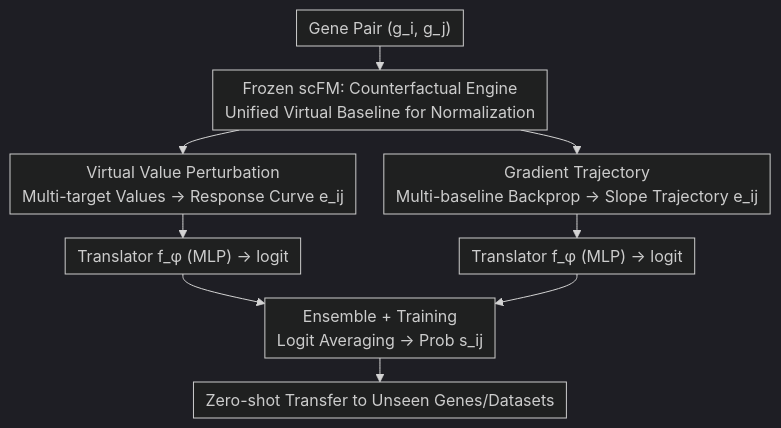
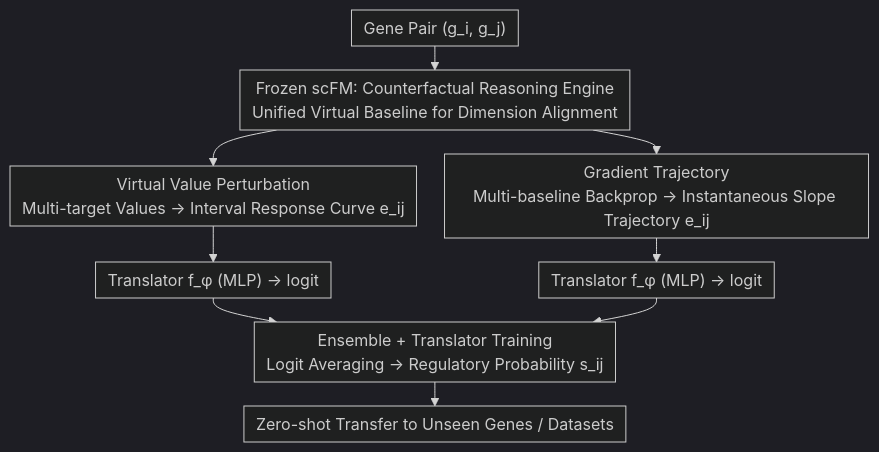
The diagram in docs/ICML2026/computational_biology/towards_universal_gene_regulatory_network_inference_unlocking_generalizable_regu.md (zhaoyang97/Paper-Notes-en), drawn with Mermaid (dark theme) before and after one commit. The commit also changed other lines of this file and 5084 other files, not shown here.

````diff
--- a/docs/ICML2026/computational_biology/towards_universal_gene_regulatory_network_inference_unlocking_generalizable_regu.md
+++ b/docs/ICML2026/computational_biology/towards_universal_gene_regulatory_network_inference_unlocking_generalizable_regu.md
@@ -43,12 +43,12 @@
 ```mermaid
 %%{init: {'flowchart': {'rankSpacing': 24, 'nodeSpacing': 28, 'padding': 6, 'wrappingWidth': 400}}}%%
 flowchart TD
-    IN["Gene Pair (g_i, g_j)"] --> M["Frozen scFM: Counterfactual Engine<br/>Unified Virtual Baseline for Normalization"]
-    M --> V["Virtual Value Perturbation<br/>Multi-target Values → Response Curve e_ij"]
-    M --> G["Gradient Trajectory<br/>Multi-baseline Backprop → Slope Trajectory e_ij"]
+    IN["Gene Pair (g_i, g_j)"] --> M["Frozen scFM: Counterfactual Reasoning Engine<br/>Unified Virtual Baseline for Dimension Alignment"]
+    M --> V["Virtual Value Perturbation<br/>Multi-target Values → Interval Response Curve e_ij"]
+    M --> G["Gradient Trajectory<br/>Multi-baseline Backprop → Instantaneous Slope Trajectory e_ij"]
     V --> FV["Translator f_φ (MLP) → logit"]
     G --> FG["Translator f_φ (MLP) → logit"]
-    FV --> E["Ensemble + Training<br/>Logit Averaging → Prob s_ij"]
+    FV --> E["Ensemble + Translator Training<br/>Logit Averaging → Regulatory Probability s_ij"]
     FG --> E
-    E --> OUT["Zero-shot Transfer to Unseen Genes/Datasets"]
+    E --> OUT["Zero-shot Transfer to Unseen Genes / Datasets"]
 ```
````
